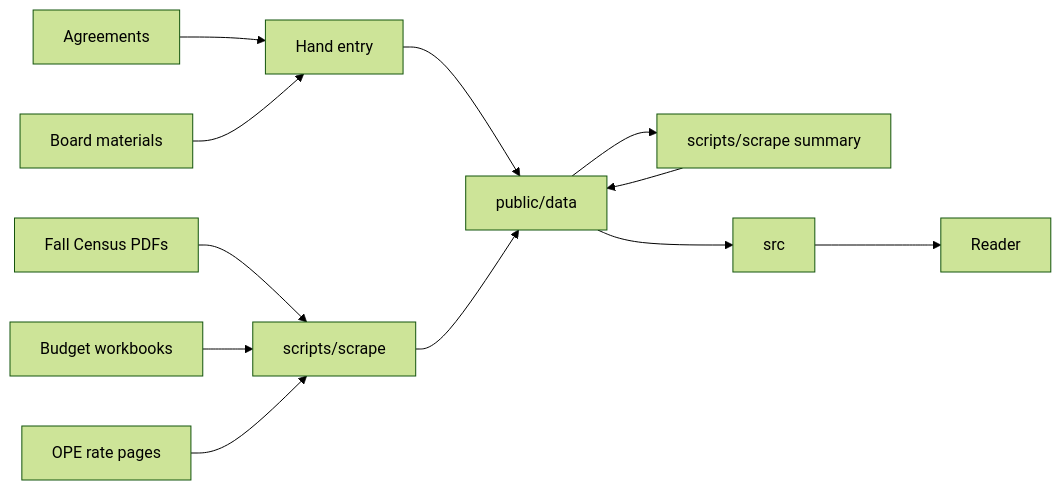
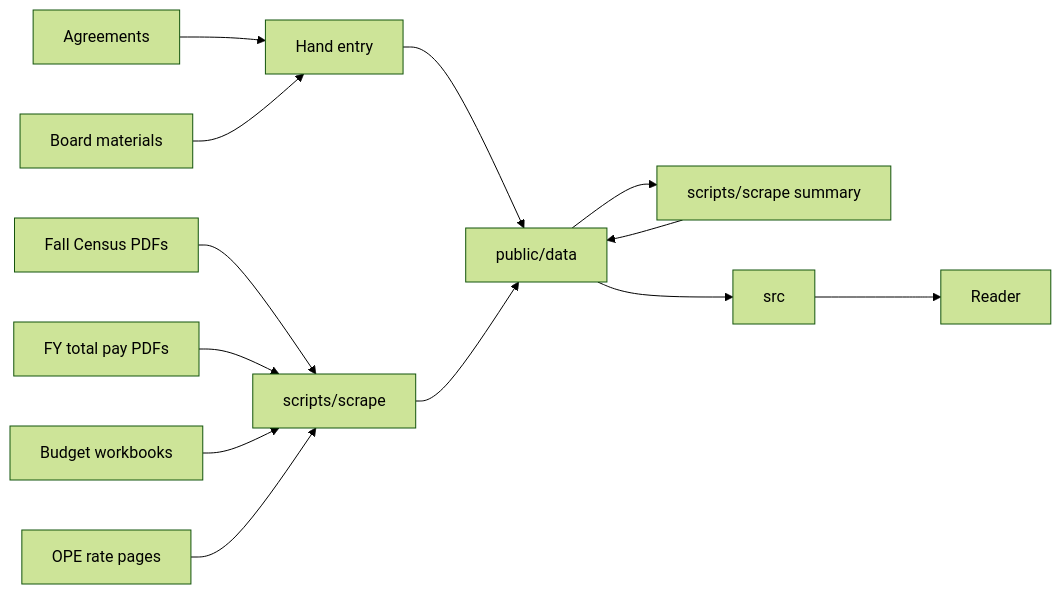
Before and after one commit to uofinancials/uofinancials.github.io: the diagram in ARCHITECTURE.md, drawn with Mermaid (forest theme). The commit also changed other lines of this file and 70 other files, not shown here.

Commit message:
feat(scrape): import the FY total pay reports, resolve their department names, and drop the possible-student flag (#44)

````diff
--- a/ARCHITECTURE.md
+++ b/ARCHITECTURE.md
@@ -58,14 +65,15 @@
 ```mermaid
 flowchart LR
   pdfs[Fall Census PDFs] --> scrape[scripts/scrape]
+  pay[FY total pay PDFs] --> scrape
   xlsx[Budget workbooks] --> scrape
   html[OPE rate pages] --> scrape
   cba[Agreements] --> hand[Hand entry]
   board[Board materials] --> hand
   hand --> json[public/data]
   scrape --> json[public/data]
   json --> summary[scripts/scrape summary]
   summary --> json
   json --> site[src]
   site --> reader[Reader]
 ```
````
